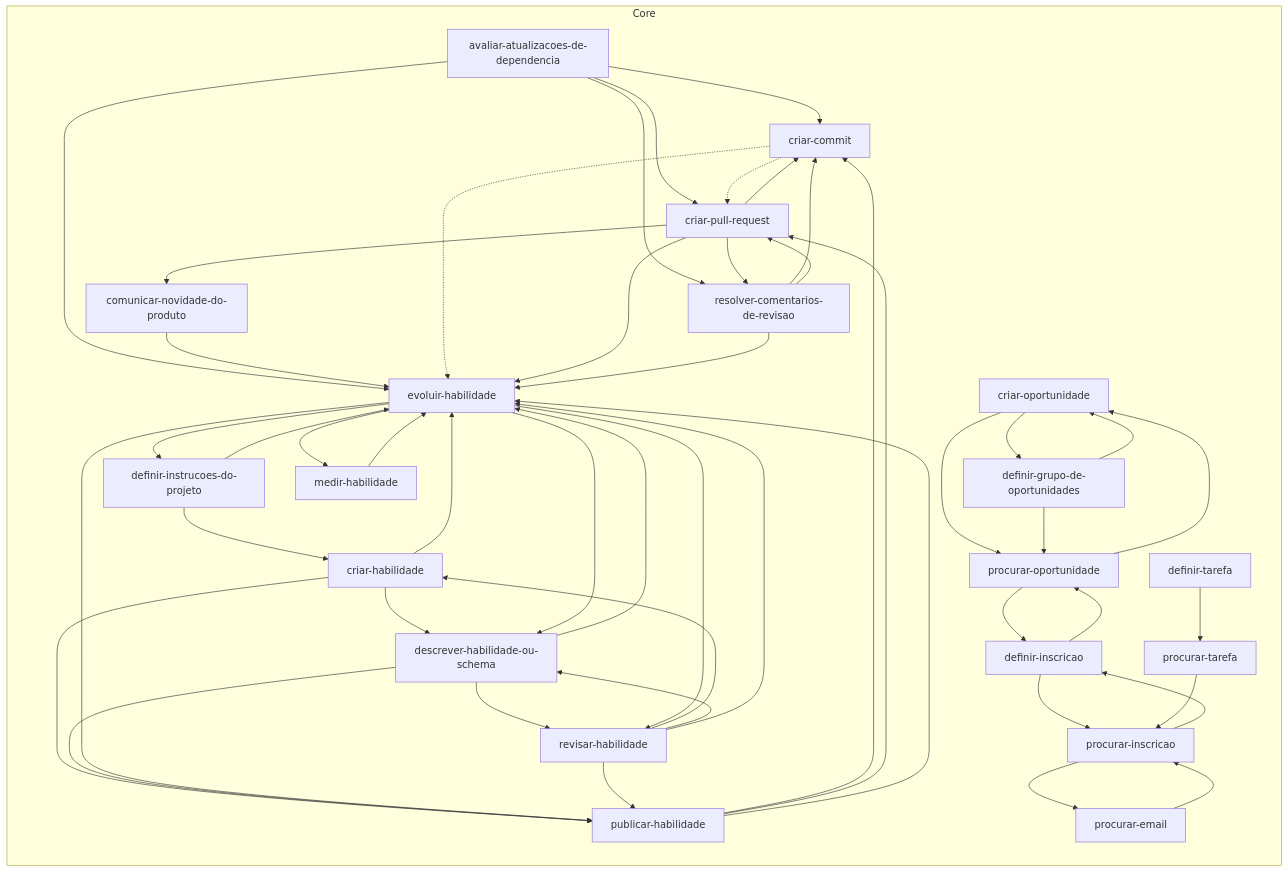
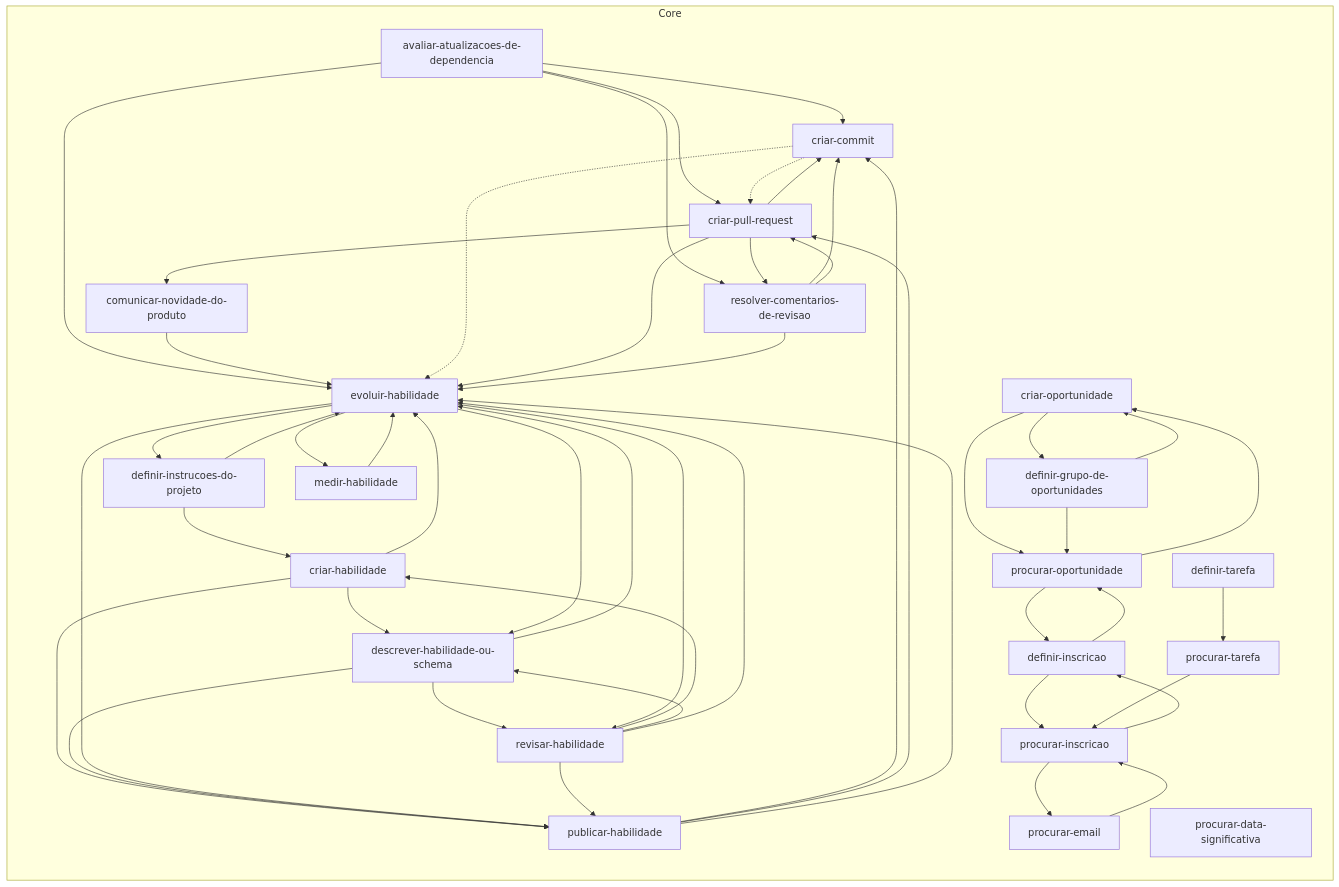
One commit to jimmyandrade/harness changed the diagram in .agents/skills/README.md. Above: the diagram before and after it, drawn with Mermaid. The commit also changed 6 other files, not shown here.

First line of the commit message:
feat(procurar-data-significativa): move the skill to the core

````diff
--- a/.agents/skills/README.md
+++ b/.agents/skills/README.md
@@ -11,73 +11,74 @@
 ```mermaid
 flowchart LR
   subgraph core["Core"]
     avaliar_atualizacoes_de_dependencia["avaliar-atualizacoes-de-dependencia"]
     comunicar_novidade_do_produto["comunicar-novidade-do-produto"]
     criar_commit["criar-commit"]
     criar_habilidade["criar-habilidade"]
     criar_oportunidade["criar-oportunidade"]
     criar_pull_request["criar-pull-request"]
     definir_grupo_de_oportunidades["definir-grupo-de-oportunidades"]
     definir_inscricao["definir-inscricao"]
     definir_instrucoes_do_projeto["definir-instrucoes-do-projeto"]
     definir_tarefa["definir-tarefa"]
     descrever_habilidade_ou_schema["descrever-habilidade-ou-schema"]
     evoluir_habilidade["evoluir-habilidade"]
     medir_habilidade["medir-habilidade"]
+    procurar_data_significativa["procurar-data-significativa"]
     procurar_email["procurar-email"]
     procurar_inscricao["procurar-inscricao"]
     procurar_oportunidade["procurar-oportunidade"]
     procurar_tarefa["procurar-tarefa"]
     publicar_habilidade["publicar-habilidade"]
     resolver_comentarios_de_revisao["resolver-comentarios-de-revisao"]
     revisar_habilidade["revisar-habilidade"]
   end
   avaliar_atualizacoes_de_dependencia --> criar_commit
   avaliar_atualizacoes_de_dependencia --> criar_pull_request
   avaliar_atualizacoes_de_dependencia --> evoluir_habilidade
   avaliar_atualizacoes_de_dependencia --> resolver_comentarios_de_revisao
   comunicar_novidade_do_produto --> evoluir_habilidade
   criar_commit -.-> criar_pull_request
   criar_commit -.-> evoluir_habilidade
   criar_habilidade --> descrever_habilidade_ou_schema
   criar_habilidade --> evoluir_habilidade
   criar_habilidade --> publicar_habilidade
   criar_oportunidade --> definir_grupo_de_oportunidades
   criar_oportunidade --> procurar_oportunidade
   criar_pull_request --> comunicar_novidade_do_produto
   criar_pull_request --> criar_commit
   criar_pull_request --> evoluir_habilidade
   criar_pull_request --> resolver_comentarios_de_revisao
   definir_grupo_de_oportunidades --> criar_oportunidade
   definir_grupo_de_oportunidades --> procurar_oportunidade
   definir_inscricao --> procurar_inscricao
   definir_inscricao --> procurar_oportunidade
   definir_instrucoes_do_projeto --> criar_habilidade
   definir_instrucoes_do_projeto --> evoluir_habilidade
   definir_tarefa --> procurar_tarefa
   descrever_habilidade_ou_schema --> evoluir_habilidade
   descrever_habilidade_ou_schema --> publicar_habilidade
   descrever_habilidade_ou_schema --> revisar_habilidade
   evoluir_habilidade --> definir_instrucoes_do_projeto
   evoluir_habilidade --> descrever_habilidade_ou_schema
   evoluir_habilidade --> medir_habilidade
   evoluir_habilidade --> publicar_habilidade
   evoluir_habilidade --> revisar_habilidade
   medir_habilidade --> evoluir_habilidade
   procurar_email --> procurar_inscricao
   procurar_inscricao --> definir_inscricao
   procurar_inscricao --> procurar_email
   procurar_oportunidade --> criar_oportunidade
   procurar_oportunidade --> definir_inscricao
   procurar_tarefa --> procurar_inscricao
   publicar_habilidade --> criar_commit
   publicar_habilidade --> criar_pull_request
   publicar_habilidade --> evoluir_habilidade
   resolver_comentarios_de_revisao --> criar_commit
   resolver_comentarios_de_revisao --> criar_pull_request
   resolver_comentarios_de_revisao --> evoluir_habilidade
   revisar_habilidade --> criar_habilidade
   revisar_habilidade --> descrever_habilidade_ou_schema
   revisar_habilidade --> evoluir_habilidade
   revisar_habilidade --> publicar_habilidade
 ```
````
